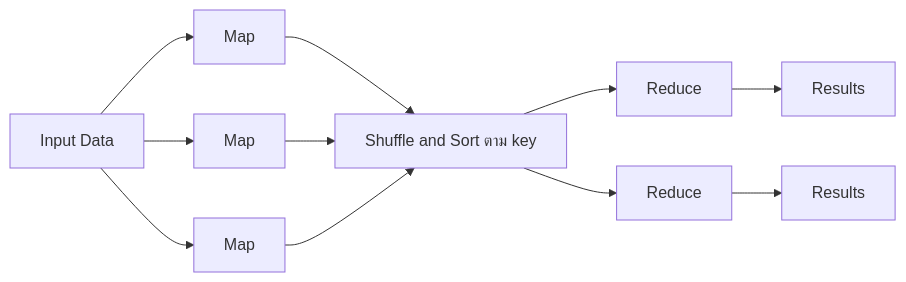
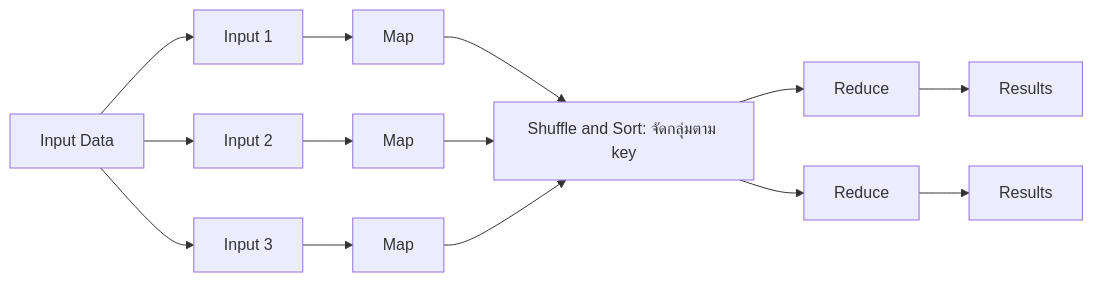
One commit to mdanmek/nida-dads-notes changed the ninth of 12 diagrams in dads6002-big-data-analytics/summary/01_hadoop[claude].md. Above: the diagram before and after it, drawn with Mermaid. The commit also changed other lines of this file, not shown here.

````diff
--- a/dads6002-big-data-analytics/summary/01_hadoop[claude].md
+++ b/dads6002-big-data-analytics/summary/01_hadoop[claude].md
@@ -295,11 +613,11 @@
 ```mermaid
 flowchart LR
-    IN["Input Data"] --> M1["Map"]
-    IN --> M2["Map"]
-    IN --> M3["Map"]
-    M1 --> P["Shuffle and Sort ตาม key"]
+    IN["Input Data"] --> S1["Input 1"] --> M1["Map"]
+    IN --> S2["Input 2"] --> M2["Map"]
+    IN --> S3["Input 3"] --> M3["Map"]
+    M1 --> P["Shuffle and Sort: จัดกลุ่มตาม key"]
     M2 --> P
     M3 --> P
     P --> R1["Reduce"] --> O1["Results"]
     P --> R2["Reduce"] --> O2["Results"]
 ```
````
